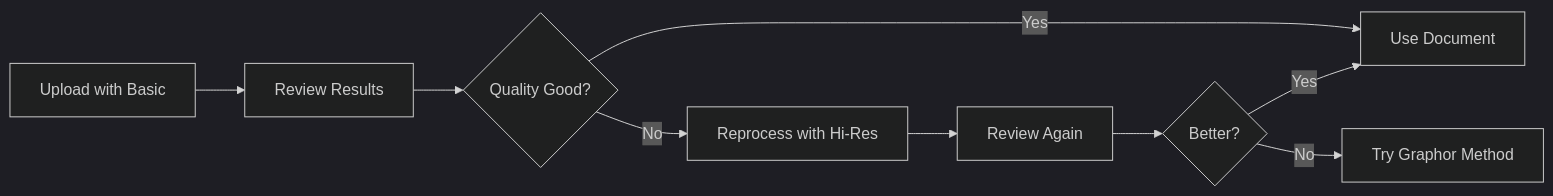
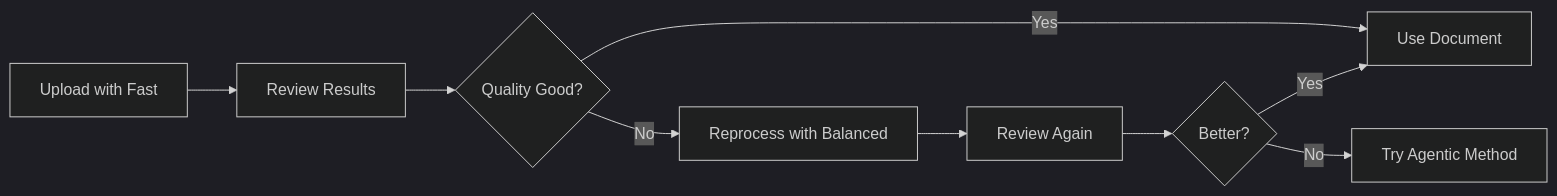
The second of 3 diagrams in api-reference/sources/overview.mdx (lucasfneves14/graphorlm-docs), drawn with Mermaid (dark theme) before and after one commit. The commit also changed other lines of this file and 8 other files, not shown here.

````diff
--- a/api-reference/sources/overview.mdx
+++ b/api-reference/sources/overview.mdx
@@ -208,11 +209,11 @@
 ```mermaid
 graph LR
-    A[Upload with Basic] --> B[Review Results]
+    A[Upload with Fast] --> B[Review Results]
     B --> C{Quality Good?}
     C -->|Yes| D[Use Document]
-    C -->|No| E[Reprocess with Hi-Res]
+    C -->|No| E[Reprocess with Balanced]
     E --> F[Review Again]
     F --> G{Better?}
     G -->|Yes| D
-    G -->|No| H[Try Graphor Method]
+    G -->|No| H[Try Agentic Method]
 ```
````
